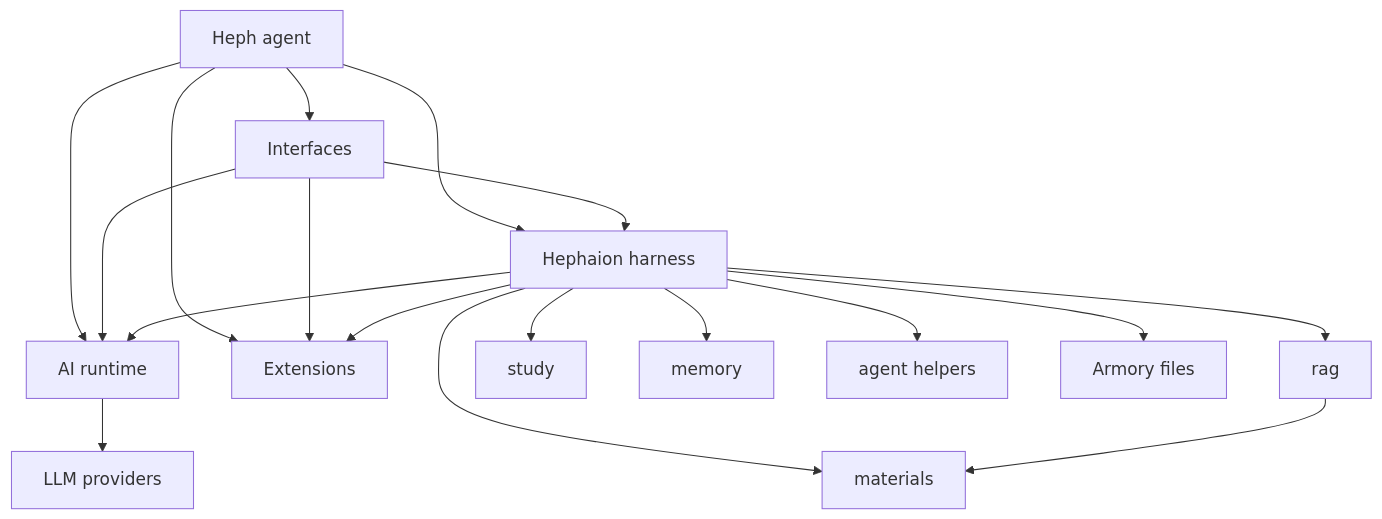
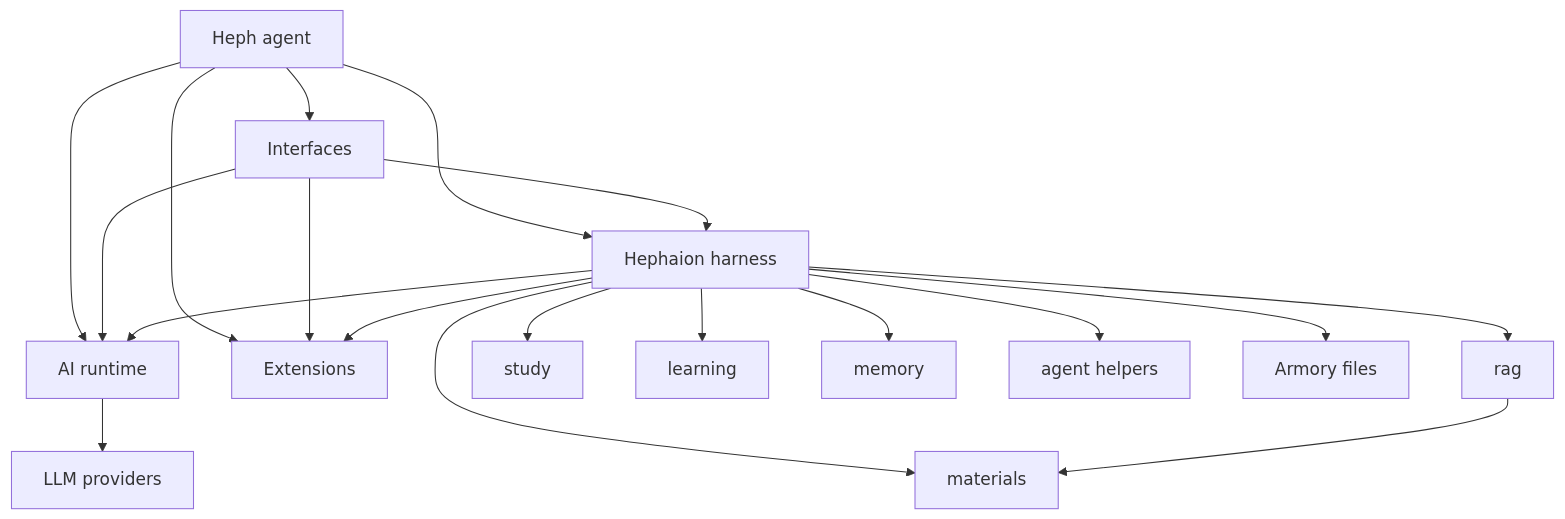
The first of 3 diagrams in docs/architecture.md (gildrb/heph), drawn with Mermaid before and after one commit. The commit also changed other lines of this file and 3 other files, not shown here.

Commit message:
core: protect learning architecture boundary

````diff
--- a/docs/architecture.md
+++ b/docs/architecture.md
@@ -68,20 +68,21 @@
 ```mermaid
 graph TD
     Heph["Heph agent"] --> Interfaces["Interfaces"]
     Heph --> Harness["Hephaion harness"]
     Heph --> AI["AI runtime"]
     Heph --> Extensions["Extensions"]
     Interfaces --> Harness
     Interfaces --> AI
     Interfaces --> Extensions
     Harness --> AI
     Harness --> Extensions
     Harness --> Materials["materials"]
     Harness --> RAG["rag"]
     Harness --> Study["study"]
+    Harness --> Learning["learning"]
     Harness --> Memory["memory"]
     Harness --> AgentLoop["agent helpers"]
     RAG --> Materials
     AI --> LLM["LLM providers"]
     Harness --> FileStore["Armory files"]
 ```
````
